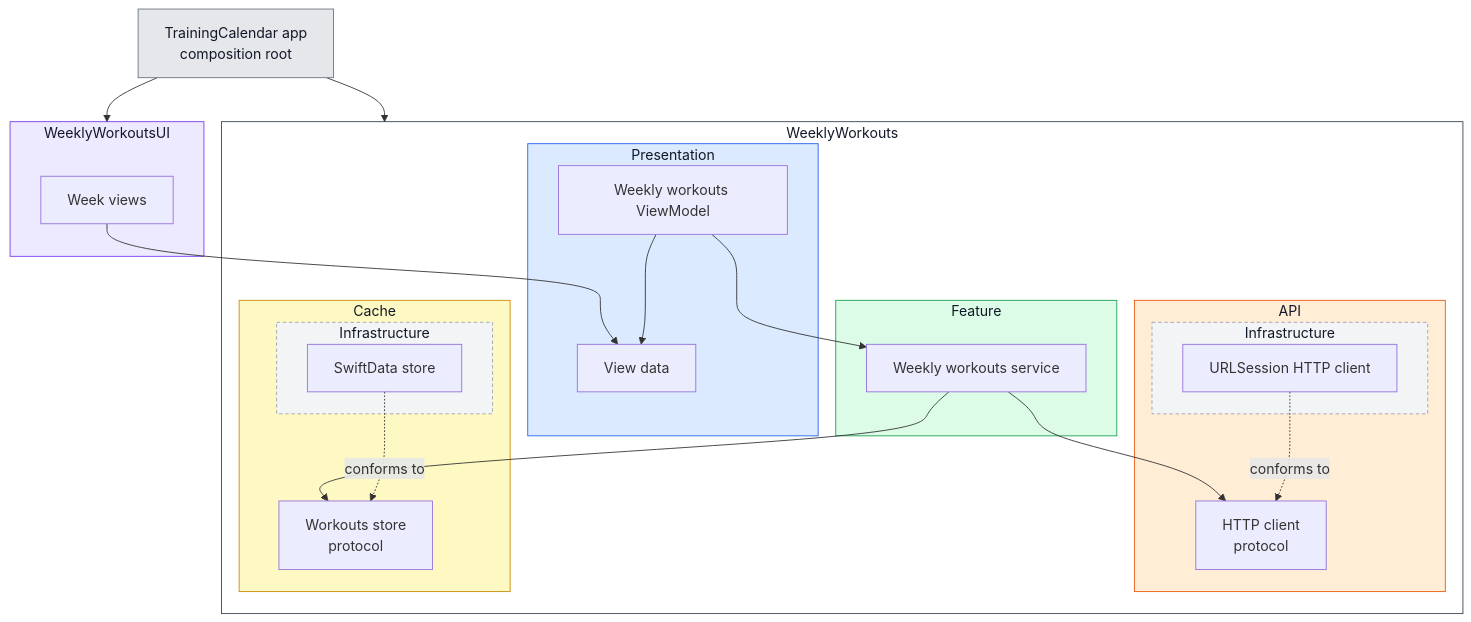
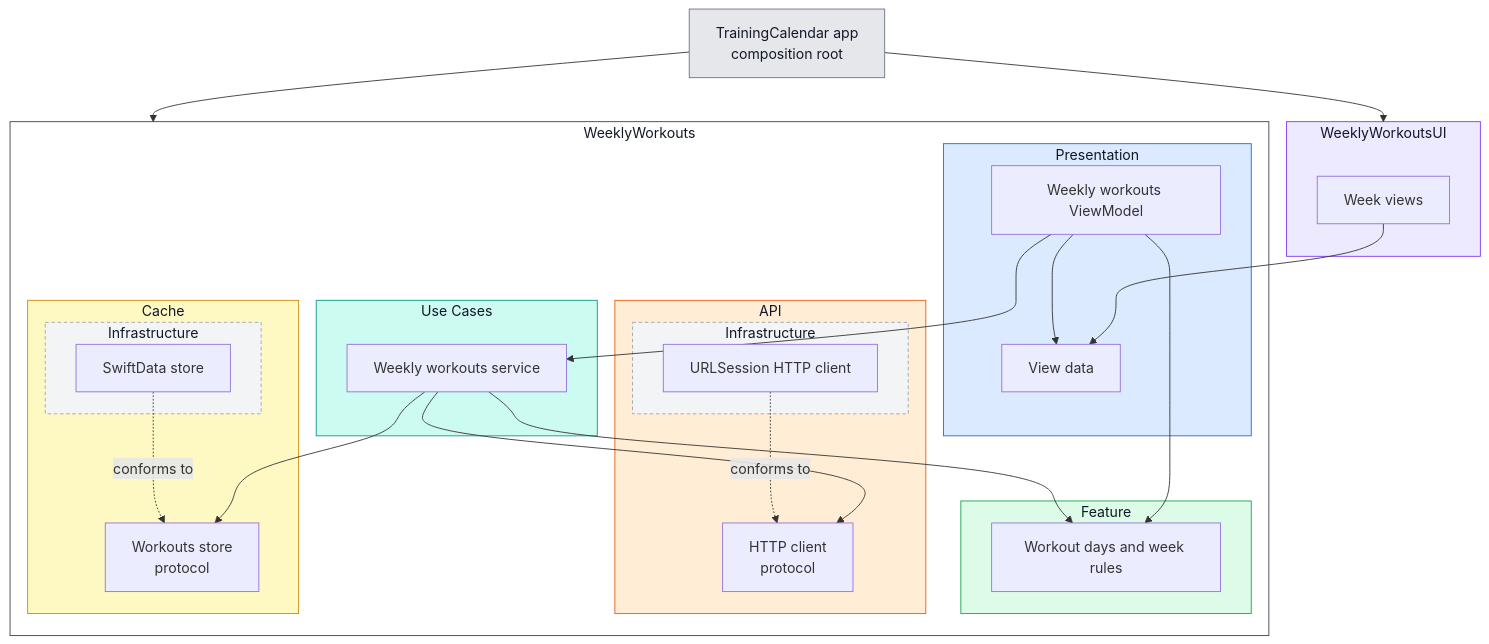
One commit to tringuyen623/training-calendar changed the second of 2 diagrams in README.md. Above: the diagram before and after it, drawn with Mermaid. The commit also changed other lines of this file, not shown here.

Commit message:
Show the `Weekly Workouts Use Cases` folder in the README and architecture diagram

````diff
--- a/README.md
+++ b/README.md
@@ -385,50 +385,56 @@
 ```mermaid
 graph TD
     App["TrainingCalendar app<br/>composition root"]
 
     subgraph UIModule["WeeklyWorkoutsUI"]
         Views["Week views"]
     end
 
     subgraph Package["WeeklyWorkouts"]
         subgraph Presentation["Presentation"]
             ViewModel["Weekly workouts ViewModel"]
             ViewData["View data"]
         end
+        subgraph UseCases["Use Cases"]
+            Service["Weekly workouts service"]
+        end
         subgraph Feature["Feature"]
-            Service["Weekly workouts service"]
+            Domain["Workout days and week rules"]
         end
         subgraph API["API"]
             Client["HTTP client<br/>protocol"]
             subgraph APIInfra["Infrastructure"]
                 URLSession["URLSession HTTP client"]
             end
         end
         subgraph Cache["Cache"]
             Store["Workouts store<br/>protocol"]
             subgraph CacheInfra["Infrastructure"]
                 SwiftData["SwiftData store"]
             end
         end
     end
 
     App --> UIModule
     App --> Package
     Views --> ViewData
     ViewModel --> ViewData
     ViewModel --> Service
+    ViewModel --> Domain
+    Service --> Domain
     Service --> Client
     Service --> Store
     URLSession -. conforms to .-> Client
     SwiftData -. conforms to .-> Store
 
     style App fill:#E5E7EB,stroke:#6B7280,color:#111827
     style UIModule fill:#EDE9FE,stroke:#7C3AED,color:#111827
     style Package fill:#FFFFFF,stroke:#374151,color:#111827
     style Presentation fill:#DBEAFE,stroke:#2563EB,color:#111827
+    style UseCases fill:#CCFBF1,stroke:#0D9488,color:#111827
     style Feature fill:#DCFCE7,stroke:#16A34A,color:#111827
     style API fill:#FFEDD5,stroke:#EA580C,color:#111827
     style Cache fill:#FEF9C3,stroke:#CA8A04,color:#111827
     style APIInfra fill:#F3F4F6,stroke:#9CA3AF,stroke-dasharray:4 3,color:#111827
     style CacheInfra fill:#F3F4F6,stroke:#9CA3AF,stroke-dasharray:4 3,color:#111827
 ```
````
